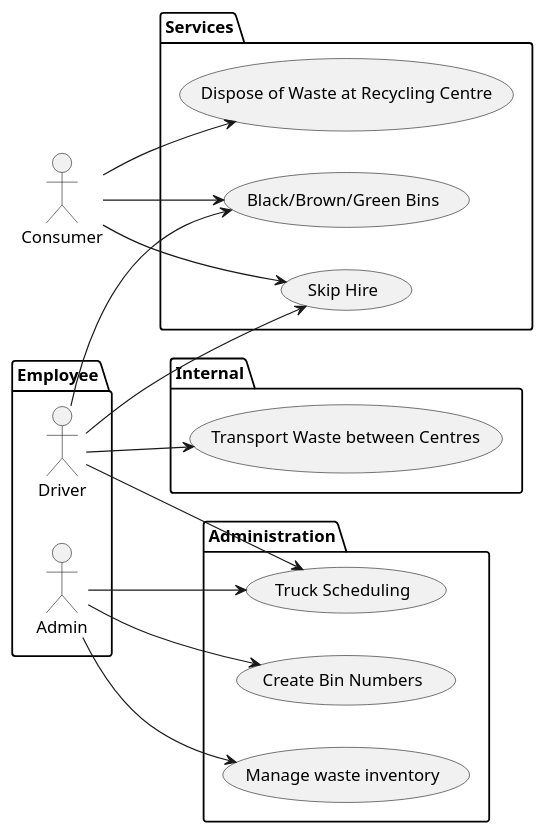
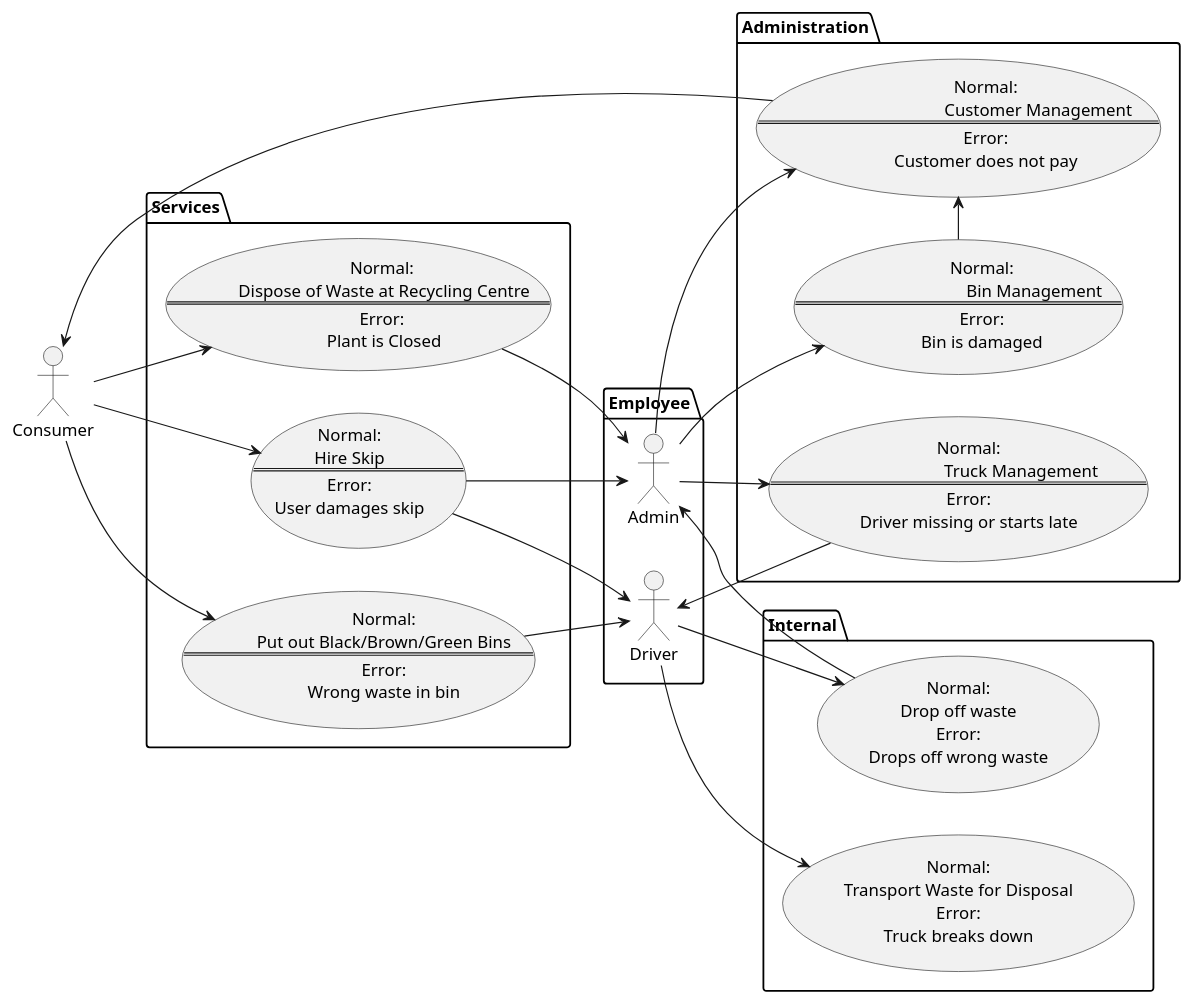
Before and after one commit to tedski999/CSU22041-InformationManagement-Group8: the diagram in UML.wsd, drawn with PlantUML. The commit also changed 3 other files, not shown here.

Commit message:
Finished Use Case Diagram for Waste Management System

```diff
--- a/UML.wsd
+++ b/UML.wsd
@@ -1,40 +1,96 @@
 @startuml Waste Management Company
 
 left to right direction
 actor Consumer as c
 
 package Employee {
 	actor Driver as d
 	actor Admin as a
 }
 
 package Services {
-	usecase "Dispose of Waste at Recycling Centre" as UC1
-	usecase "Black/Brown/Green Bins" as UC2
-	usecase "Skip Hire" as UC3
+	usecase centre as "
+			Normal: 
+			Dispose of Waste at Recycling Centre
+			==
+			Error: 
+			Plant is Closed"
+	
+	usecase bins as "
+			Normal:
+			Put out Black/Brown/Green Bins
+			==
+			Error:
+			Wrong waste in bin"
+	
+	usecase skip as "
+			Normal:
+			Hire Skip
+			==
+			Error:
+			User damages skip"
 }
 
 package Internal {
-	usecase "Transport Waste between Centres" as UC4
+    usecase transport as "
+            Normal:
+            Transport Waste for Disposal
+            Error:
+            Truck breaks down"
+
+    usecase dropoff as "
+            Normal:
+            Drop off waste
+            Error:
+            Drops off wrong waste"
 }
 
 package Administration {
-	usecase "Truck Scheduling" as UC5
-	usecase "Create Bin Numbers" as UC6
-	usecase "Manage waste inventory" as UC7
+
+    usecase truckmanage as "
+			Normal:
+   			Truck Management
+			==
+			Error:
+    		Driver missing or starts late"
+
+    usecase customermanage as "
+			Normal:
+   			Customer Management
+			==
+			Error:
+    		Customer does not pay"
+
+    usecase binmanage as "
+			Normal:
+   			Bin Management
+			==
+			Error:
+    		Bin is damaged"
 }
 
-c --> UC1
-c --> UC2
-d --> UC2
-c --> UC3
-d --> UC3
+c --> centre
+c --> bins
+c --> skip
 
-d--> UC4
+bins --> d
+skip --> d
 
-a --> UC5
-d --> UC5
-a --> UC6
-a --> UC7
+d --> transport
+d --> dropoff
+
+dropoff --> a
+
+a --> truckmanage
+a --> customermanage
+a --> binmanage
+
+customermanage -> c
+truckmanage -> d
+binmanage -> customermanage
+
+centre --> a
+skip --> a
+
 
 @enduml
```
